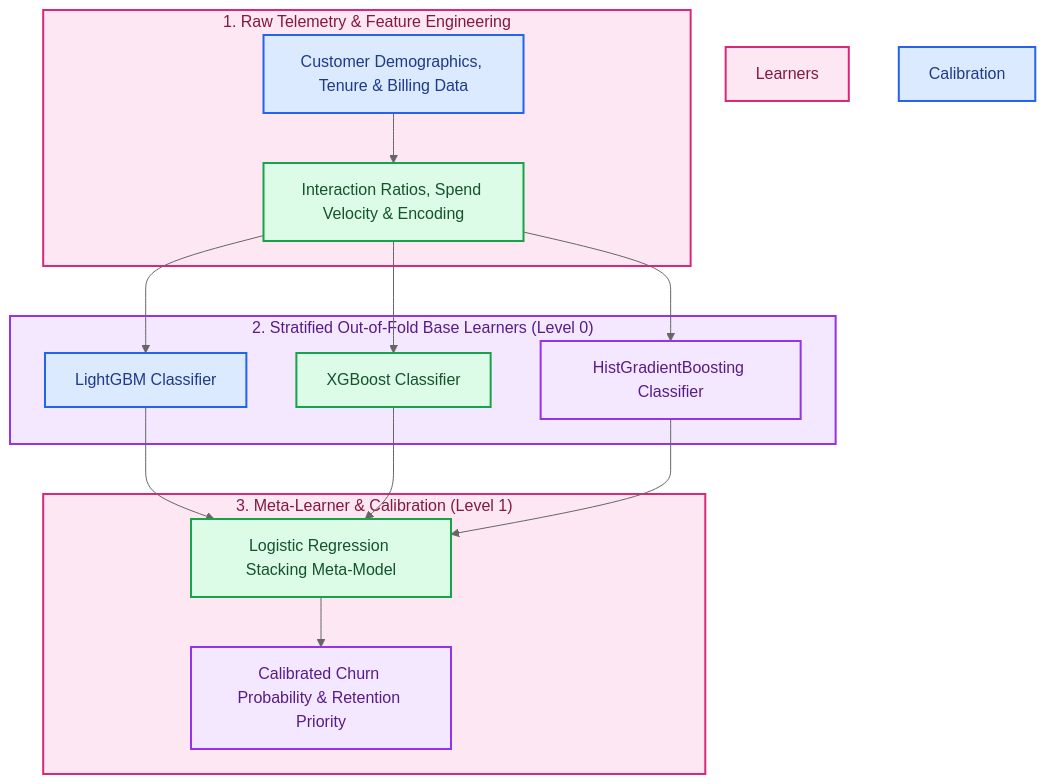
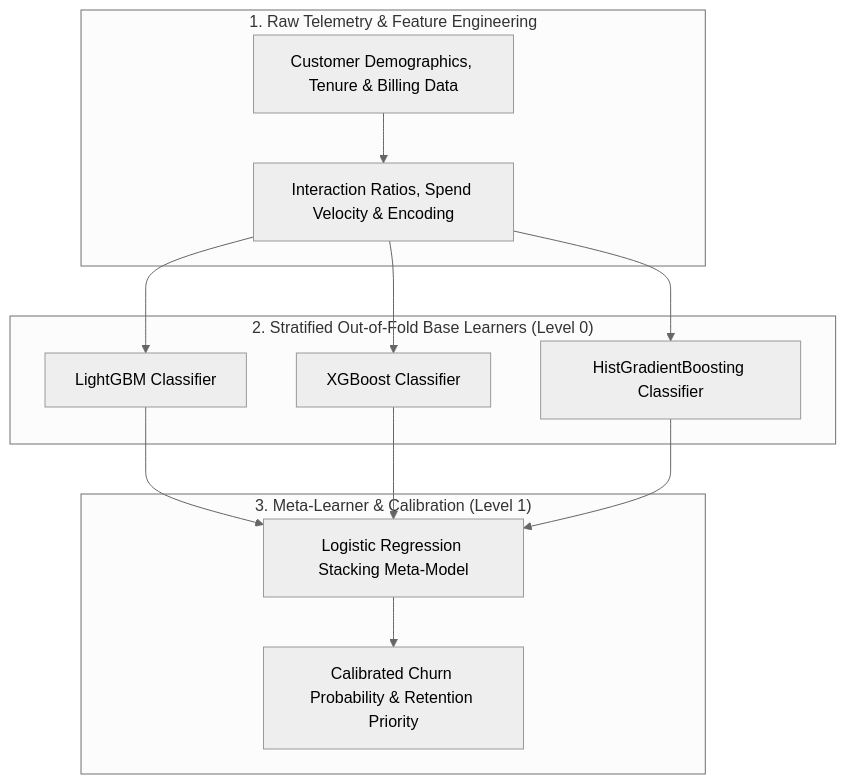
One commit to RobinaMirbahar/Predict-Customer-Churn changed the diagram in README.md. Above: the diagram before and after it, drawn with Mermaid (neutral theme).

Commit message:
docs: revert Mermaid color overrides for crisp native GitHub rendering and consolidate header

````diff
--- a/README.md
+++ b/README.md
@@ -24,30 +24,18 @@
 ```mermaid
 flowchart TD
     subgraph Data ["1. Raw Telemetry & Feature Engineering"]
         D_Raw["Customer Demographics, Tenure & Billing Data"]
         D_FE["Interaction Ratios, Spend Velocity & Encoding"]
     end
     subgraph Base ["2. Stratified Out-of-Fold Base Learners (Level 0)"]
         M_LGB["LightGBM Classifier"]
         M_XGB["XGBoost Classifier"]
         M_HGB["HistGradientBoosting Classifier"]
     end
     subgraph Meta ["3. Meta-Learner & Calibration (Level 1)"]
         M_Meta["Logistic Regression Stacking Meta-Model"]
         M_Out["Calibrated Churn Probability & Retention Priority"]
     end
     D_Raw --> D_FE --> M_LGB & M_XGB & M_HGB
     M_LGB & M_XGB & M_HGB --> M_Meta --> M_Out
-    style Data fill:#fce7f3,stroke:#db2777,stroke-width:2px,color:#831843
-    style D_Raw fill:#dbeafe,stroke:#2563eb,stroke-width:2px,color:#1e3a8a
-    style D_FE fill:#dcfce7,stroke:#16a34a,stroke-width:2px,color:#14532d
-    style Base fill:#f3e8ff,stroke:#9333ea,stroke-width:2px,color:#581c87
-    style Learners fill:#fce7f3,stroke:#db2777,stroke-width:2px,color:#831843
-    style M_LGB fill:#dbeafe,stroke:#2563eb,stroke-width:2px,color:#1e3a8a
-    style M_XGB fill:#dcfce7,stroke:#16a34a,stroke-width:2px,color:#14532d
-    style M_HGB fill:#f3e8ff,stroke:#9333ea,stroke-width:2px,color:#581c87
-    style Meta fill:#fce7f3,stroke:#db2777,stroke-width:2px,color:#831843
-    style Calibration fill:#dbeafe,stroke:#2563eb,stroke-width:2px,color:#1e3a8a
-    style M_Meta fill:#dcfce7,stroke:#16a34a,stroke-width:2px,color:#14532d
-    style M_Out fill:#f3e8ff,stroke:#9333ea,stroke-width:2px,color:#581c87
 ```
````
